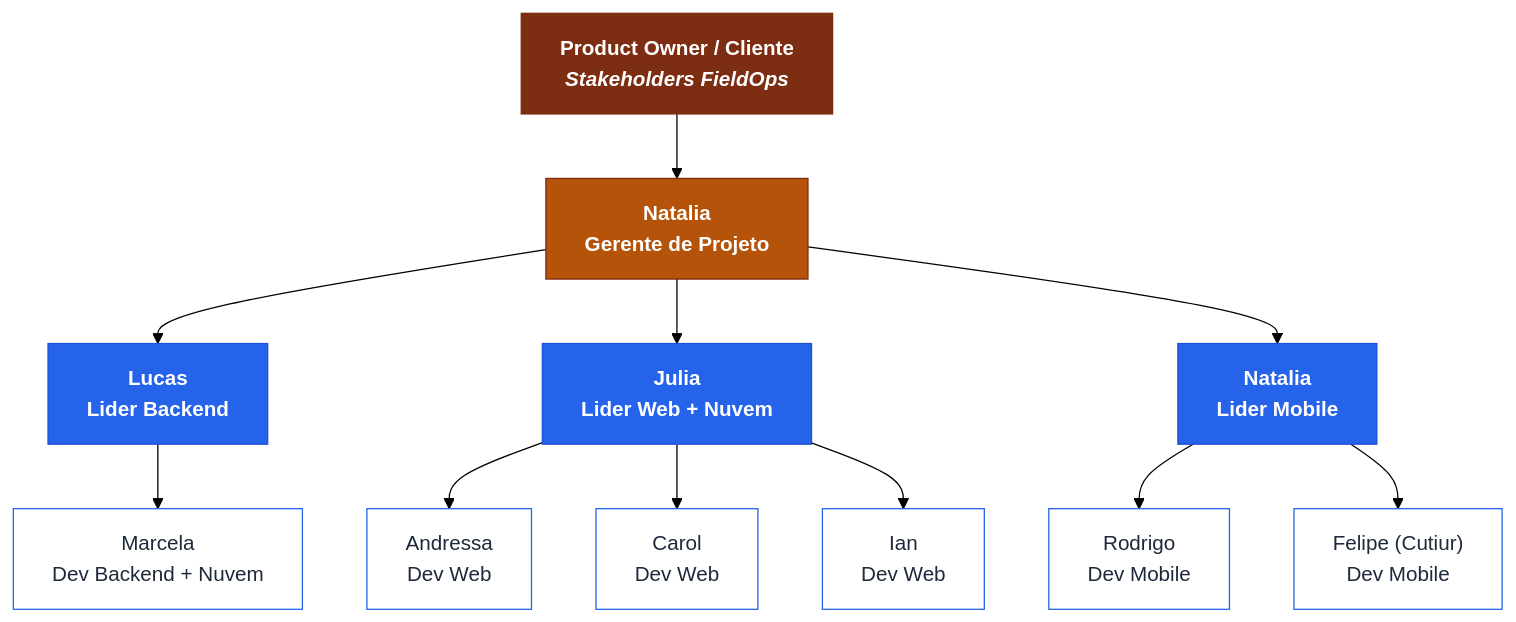
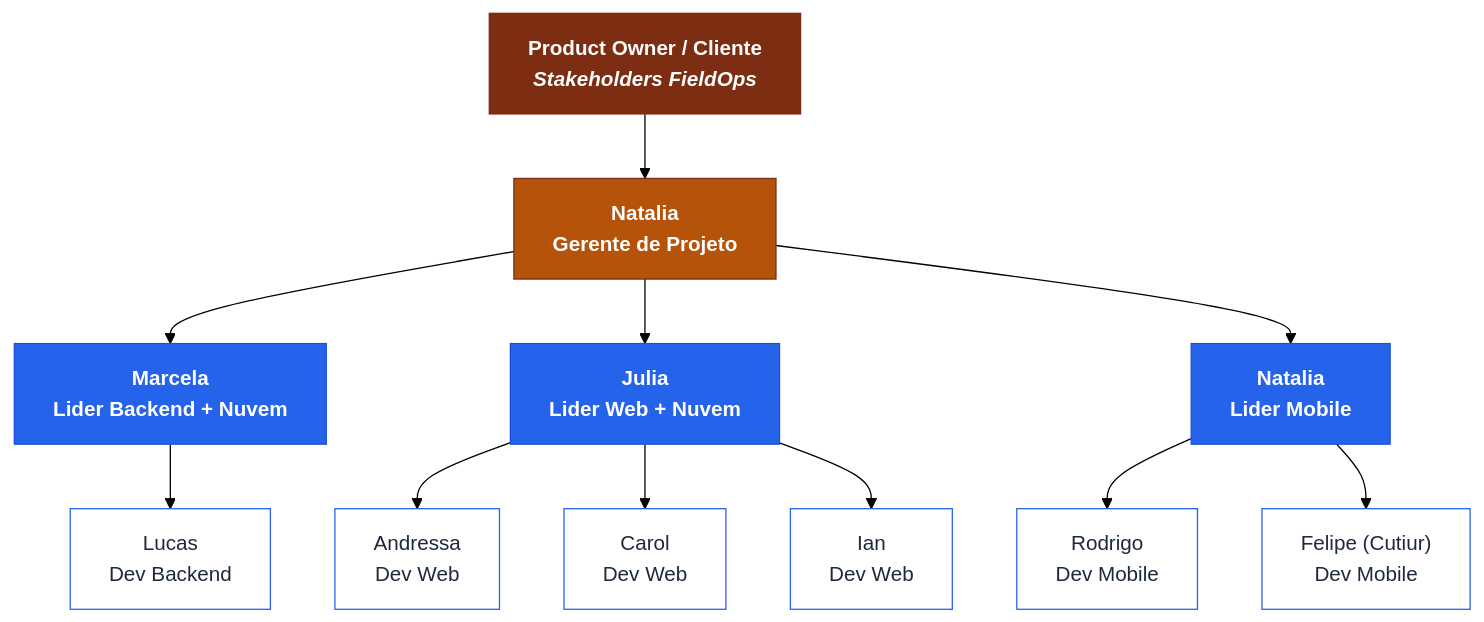
The diagram in docs/gestao/organograma.md (NataliaNogueira1/404NOTFOUND_Field_Ops), drawn with Mermaid (forest theme) before and after one commit. The commit also changed other lines of this file and 2 other files, not shown here.

First line of the commit message:
docs: definir Marcela como lider de Backend e aprovadora dos cards de backend

````diff
--- a/docs/gestao/organograma.md
+++ b/docs/gestao/organograma.md
@@ -38,42 +38,42 @@
 ```mermaid
 flowchart TB
     PO["Product Owner / Cliente<br/><i>Stakeholders FieldOps</i>"]
     GP["Natalia<br/><b>Gerente de Projeto</b>"]
 
-    LB["Lucas<br/><b>Lider Backend</b>"]
+    LB["Marcela<br/><b>Lider Backend + Nuvem</b>"]
     LW["Julia<br/><b>Lider Web + Nuvem</b>"]
     LM["Natalia<br/><b>Lider Mobile</b>"]
 
-    B1["Marcela<br/>Dev Backend + Nuvem"]
+    B1["Lucas<br/>Dev Backend"]
 
     W1["Andressa<br/>Dev Web"]
     W2["Carol<br/>Dev Web"]
     W3["Ian<br/>Dev Web"]
 
     M1["Rodrigo<br/>Dev Mobile"]
     M2["Felipe (Cutiur)<br/>Dev Mobile"]
 
     PO --> GP
     GP --> LB
     GP --> LW
     GP --> LM
 
     LB --> B1
 
     LW --> W1
     LW --> W2
     LW --> W3
 
     LM --> M1
     LM --> M2
 
     classDef topo fill:#7C2D12,stroke:#7C2D12,color:#fff,font-weight:bold;
     classDef gerente fill:#B45309,stroke:#7C2D12,color:#fff,font-weight:bold;
     classDef lider fill:#2563EB,stroke:#1D4ED8,color:#fff,font-weight:bold;
     classDef dev fill:#FFFFFF,stroke:#2563EB,color:#1E293B;
 
     class PO topo;
     class GP gerente;
     class LB,LW,LM lider;
     class B1,W1,W2,W3,M1,M2 dev;
 ```
````
